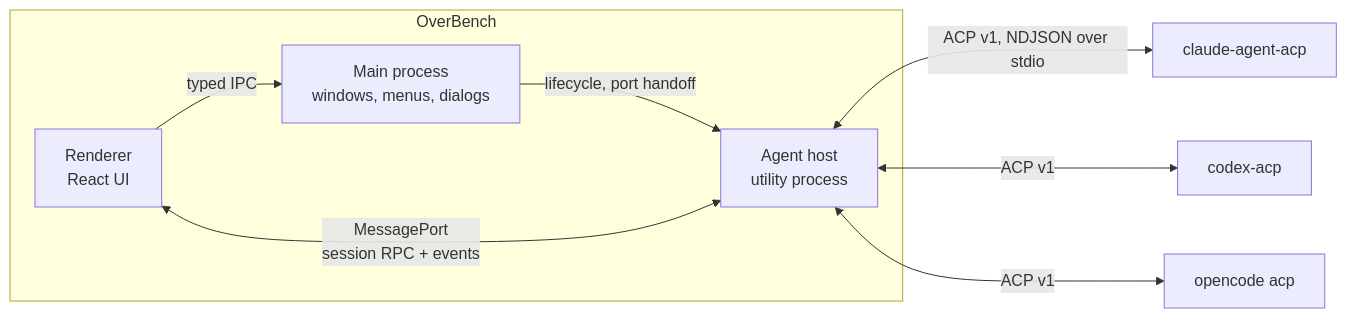
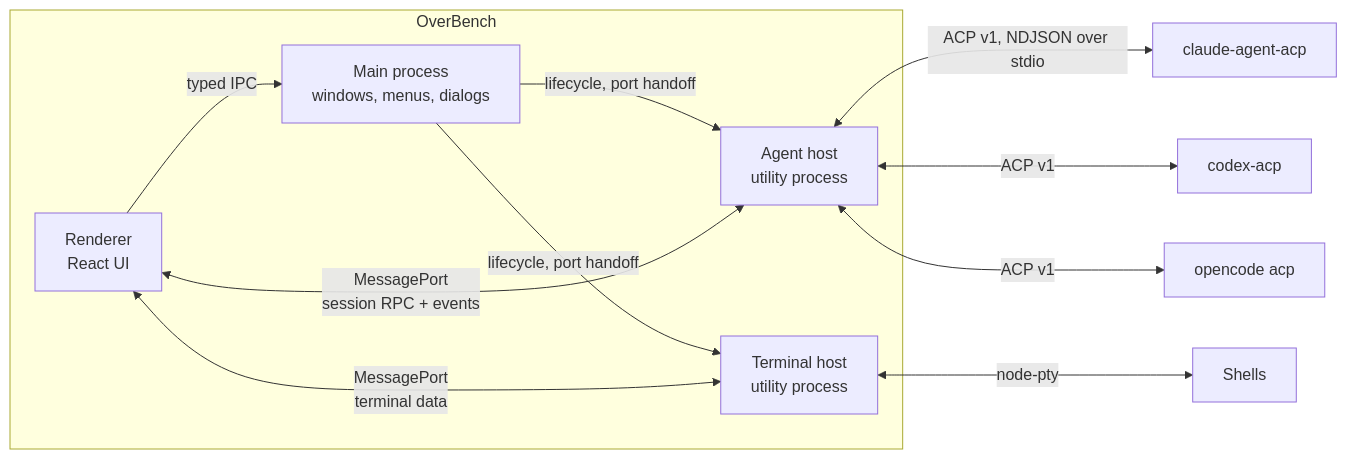
Before and after one commit to KettuAI/Kettu: the first of 3 diagrams in docs/architecture.md, drawn with Mermaid. The commit also changed other lines of this file and 11 other files, not shown here.

````diff
--- a/docs/architecture.md
+++ b/docs/architecture.md
@@ -22,14 +24,18 @@
 ```mermaid
 flowchart LR
   subgraph app [OverBench]
     R["Renderer<br/>React UI"]
     M["Main process<br/>windows, menus, dialogs"]
     H["Agent host<br/>utility process"]
+    T["Terminal host<br/>utility process"]
     R -- "typed IPC" --> M
     M -- "lifecycle, port handoff" --> H
+    M -- "lifecycle, port handoff" --> T
     R <-- "MessagePort<br/>session RPC + events" --> H
+    R <-- "MessagePort<br/>terminal data" --> T
   end
+  T <-- "node-pty" --> S["Shells"]
   H <-- "ACP v1, NDJSON over stdio" --> C["claude-agent-acp"]
   H <-- "ACP v1" --> X["codex-acp"]
   H <-- "ACP v1" --> O["opencode acp"]
 ```
````
